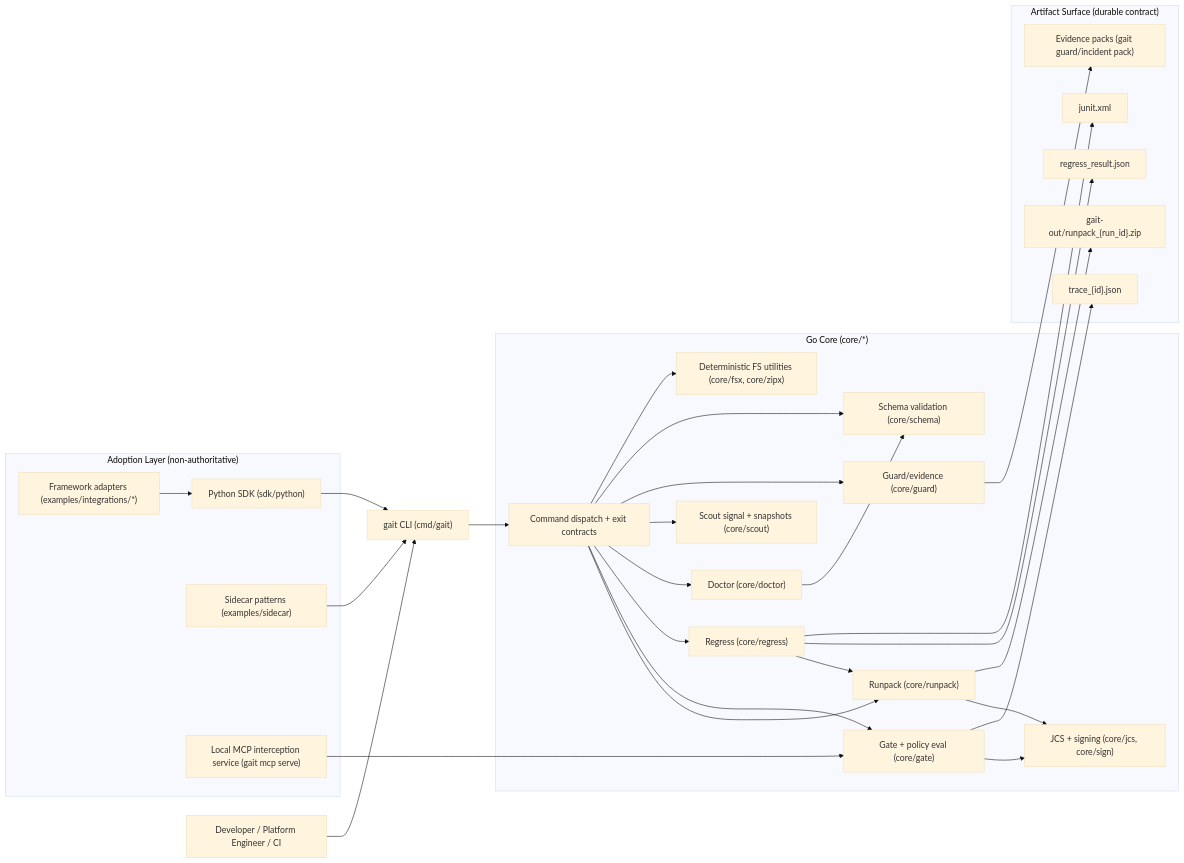
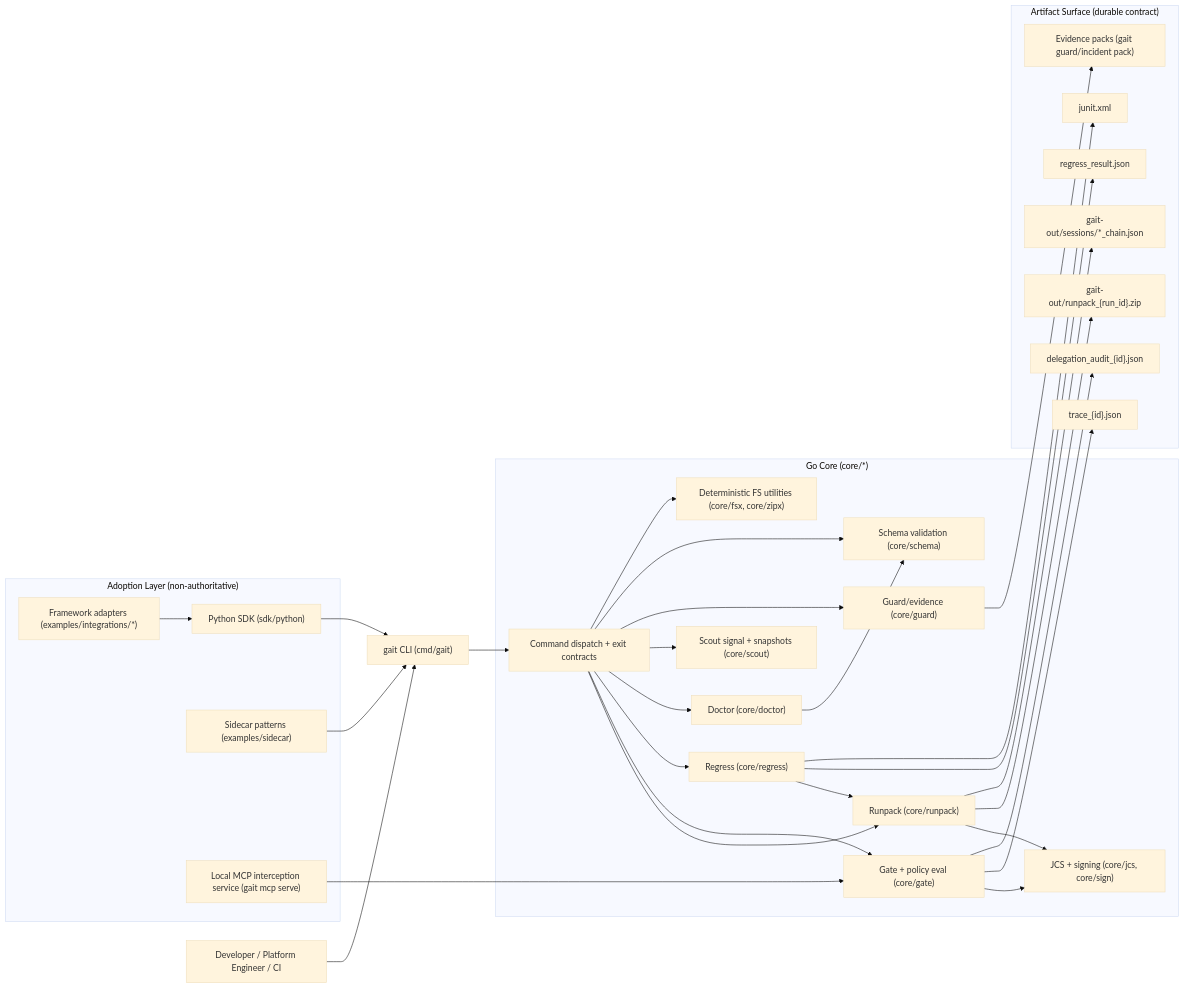
One commit to davidahmann/gait changed the diagram in docs/architecture.md. Above: the diagram before and after it, drawn with Mermaid (base theme). The commit also changed other lines of this file and 101 other files, not shown here.

Commit message:
Implement PLAN v2.1 sessions, delegation, and hardening coverage

````diff
--- a/docs/architecture.md
+++ b/docs/architecture.md
@@ -7,57 +7,61 @@
 ```mermaid
 flowchart LR
     operator["Developer / Platform Engineer / CI"] --> cli["gait CLI (cmd/gait)"]
 
     subgraph core["Go Core (core/*)"]
         dispatch["Command dispatch + exit contracts"]
         runpack["Runpack (core/runpack)"]
         gate["Gate + policy eval (core/gate)"]
         regress["Regress (core/regress)"]
         doctor["Doctor (core/doctor)"]
         scout["Scout signal + snapshots (core/scout)"]
         guard["Guard/evidence (core/guard)"]
         sign["JCS + signing (core/jcs, core/sign)"]
         schema["Schema validation (core/schema)"]
         fsx["Deterministic FS utilities (core/fsx, core/zipx)"]
     end
 
     cli --> dispatch
     dispatch --> runpack
     dispatch --> gate
     dispatch --> regress
     dispatch --> doctor
     dispatch --> scout
     dispatch --> guard
     runpack --> sign
     gate --> sign
     regress --> runpack
     doctor --> schema
     dispatch --> schema
     dispatch --> fsx
 
     subgraph adapters["Adoption Layer (non-authoritative)"]
         py["Python SDK (sdk/python)"]
         sidecar["Sidecar patterns (examples/sidecar)"]
         framework["Framework adapters (examples/integrations/*)"]
         mcpserve["Local MCP interception service (gait mcp serve)"]
     end
 
     py --> cli
     sidecar --> cli
     framework --> py
     mcpserve --> gate
 
     subgraph artifacts["Artifact Surface (durable contract)"]
         runpackZip["gait-out/runpack_{run_id}.zip"]
+        sessionChain["gait-out/sessions/*_chain.json"]
         traceJson["trace_{id}.json"]
+        delegationAudit["delegation_audit_{id}.json"]
         regressJson["regress_result.json"]
         junitXml["junit.xml"]
         evidenceZip["Evidence packs (gait guard/incident pack)"]
     end
 
     runpack --> runpackZip
+    runpack --> sessionChain
     gate --> traceJson
+    gate --> delegationAudit
     regress --> regressJson
     regress --> junitXml
     guard --> evidenceZip
 ```
````
